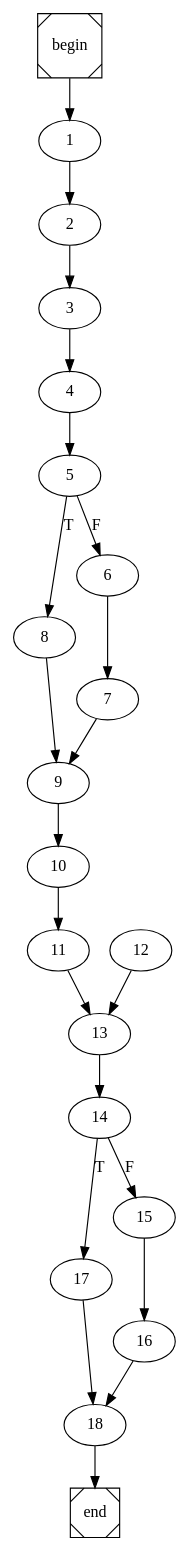
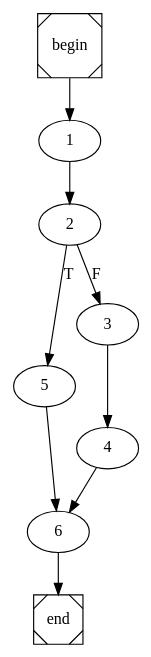
One commit to arubenruben/JMM-Compiler changed the diagram in main.dot. Above: the diagram before and after it, drawn with Graphviz. The commit also changed 4 other files, not shown here.

```diff
--- a/main.dot
+++ b/main.dot
@@ -1,4 +1,4 @@
 digraph cfg {
 	begin [shape=Msquare];
 	end [shape=Msquare];
-	begin -> 1;	1 -> 2;	2 -> 3;	3 -> 4;	4 -> 5;	5 -> 8[label=T];	5 -> 6[label=F];	6 -> 7;	7 -> 9;	8 -> 9;	9 -> 10;	10 -> 11;	11 -> 13;	12 -> 13;	13 -> 14;	14 -> 17[label=T];	14 -> 15[label=F];	15 -> 16;	16 -> 18;	17 -> 18;	18 -> end;}
+	begin -> 1;	1 -> 2;	2 -> 5[label=T];	2 -> 3[label=F];	3 -> 4;	4 -> 6;	5 -> 6;	6 -> end;}
```
